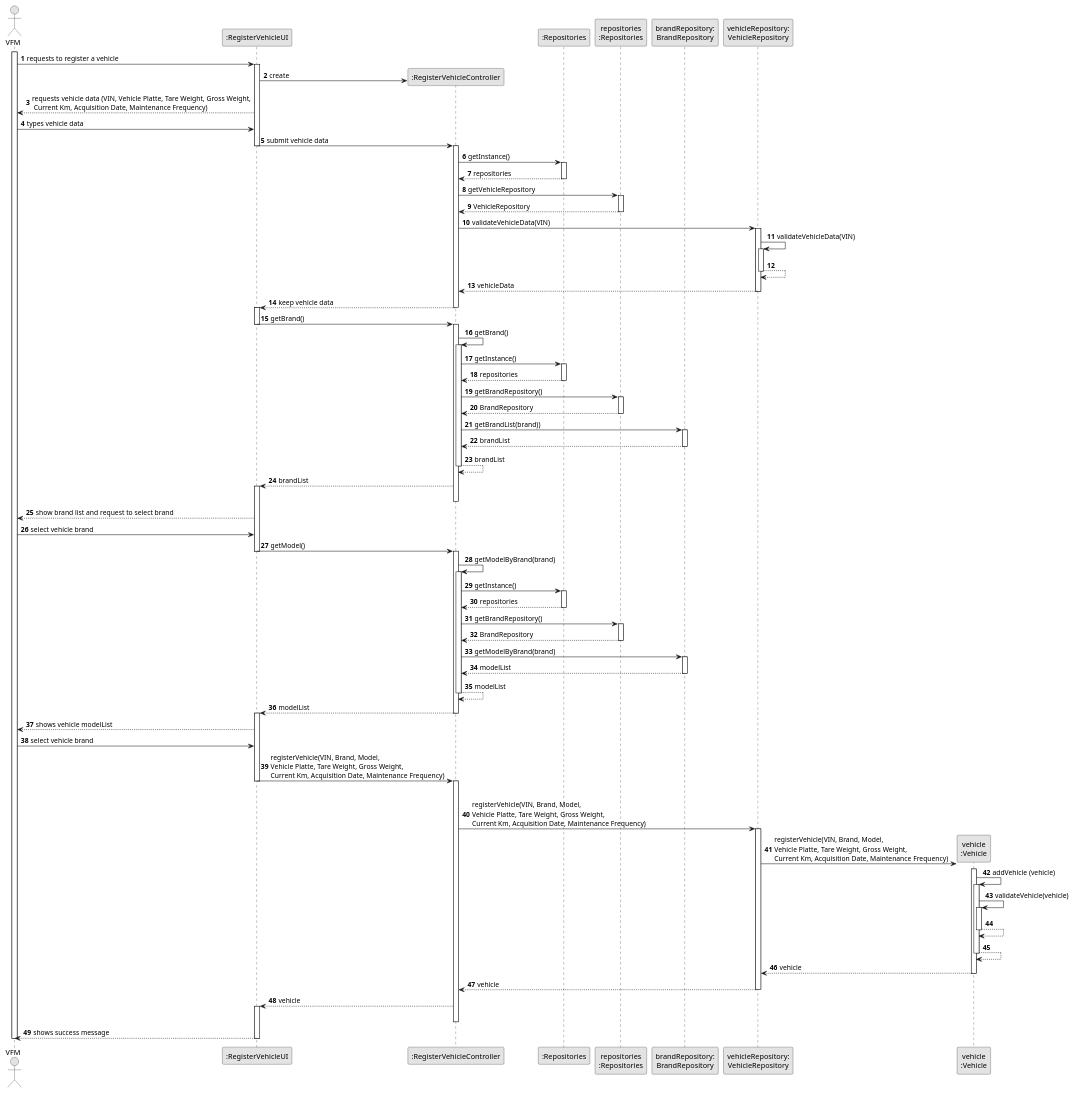
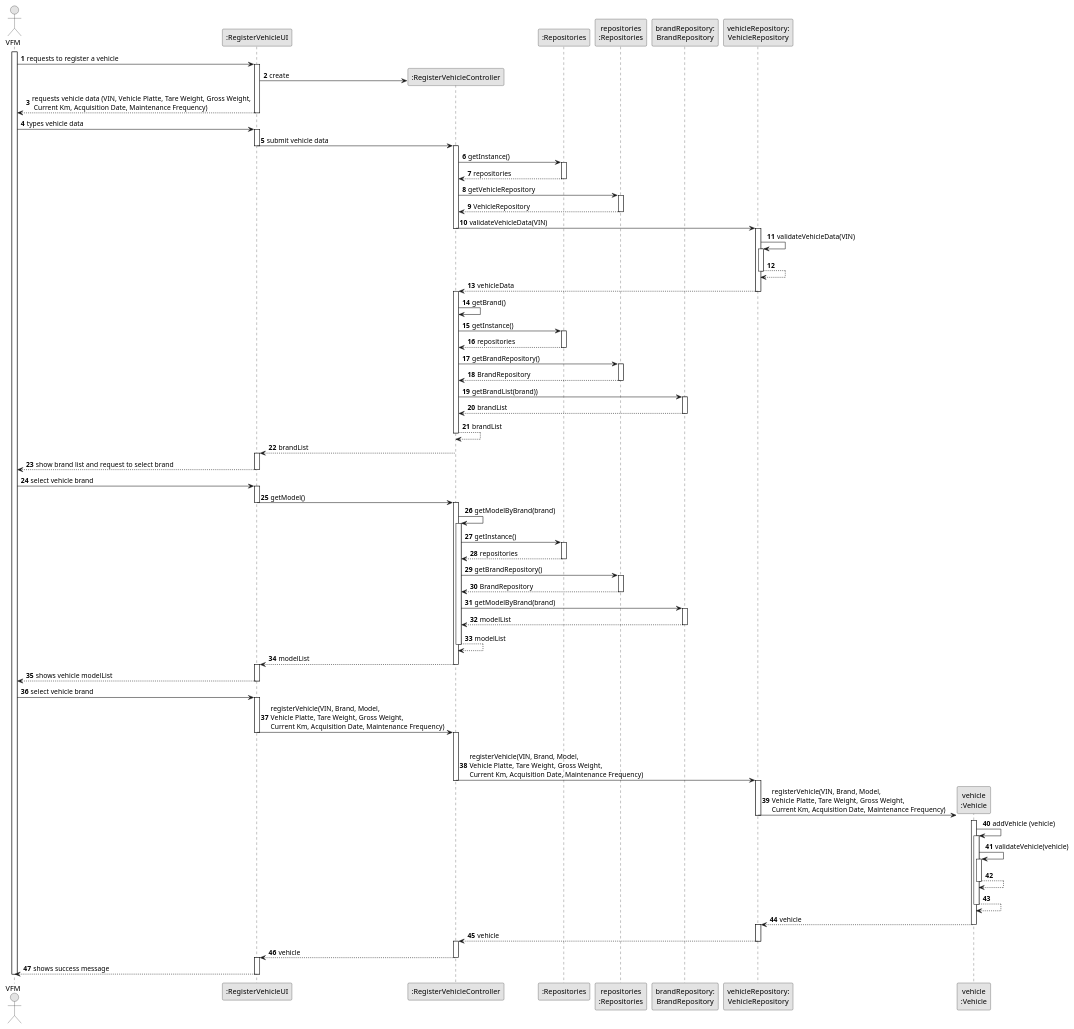
Before and after one commit to ricardomm7/leaflink: the diagram in docs/sprintB/us006/03.design/puml/us006-sequence-diagram-full.puml, drawn with PlantUML. The commit also changed 12 other files, not shown here.

```diff
--- a/docs/sprintB/us006/03.design/puml/us006-sequence-diagram-full.puml
+++ b/docs/sprintB/us006/03.design/puml/us006-sequence-diagram-full.puml
@@ -1,180 +1,191 @@
 @startuml
 skinparam monochrome true
 skinparam packageStyle rectangle
 skinparam shadowing false
 
 
 autonumber
 
 'hide footbox
 actor "VFM" as VFM
 participant ":RegisterVehicleUI" as UI
 participant ":RegisterVehicleController" as CTRL
 participant ":Repositories" as RepositorySingleton
 participant "repositories\n:Repositories" as PLAT
 participant "brandRepository:\nBrandRepository" as BrandRepository
 participant "vehicleRepository:\nVehicleRepository" as VehicleRepository
 participant "vehicle\n:Vehicle" as VEI
 
 activate VFM
 
     VFM -> UI : requests to register a vehicle
     activate UI
 
         UI -> CTRL** : create
 
         UI --> VFM : requests vehicle data (VIN, Vehicle Platte, Tare Weight, Gross Weight,\n Current Km, Acquisition Date, Maintenance Frequency)
+        deactivate UI
 
     VFM -> UI : types vehicle data
+    activate UI
 
         UI -> CTRL : submit vehicle data
         deactivate UI
         activate CTRL
 
             CTRL -> RepositorySingleton: getInstance()
             activate RepositorySingleton
 
             RepositorySingleton --> CTRL: repositories
             deactivate RepositorySingleton
 
             CTRL -> PLAT: getVehicleRepository
             activate PLAT
 
             PLAT --> CTRL: VehicleRepository
             deactivate PLAT
 
             CTRL -> VehicleRepository : validateVehicleData(VIN)
+            deactivate CTRL
+
             activate VehicleRepository
 
             VehicleRepository -> VehicleRepository: validateVehicleData(VIN)
             activate VehicleRepository
 
             VehicleRepository --> VehicleRepository
             deactivate VehicleRepository
 
 
-
             VehicleRepository --> CTRL : vehicleData
             deactivate VehicleRepository
+            activate CTRL
 
 
-        CTRL --> UI : keep vehicle data
-        deactivate CTRL
-        activate UI
 
-
-        UI -> CTRL : getBrand()
         deactivate UI
-        activate CTRL
 
             CTRL -> CTRL : getBrand()
-            activate CTRL
 
                 CTRL -> RepositorySingleton : getInstance()
                 activate RepositorySingleton
 
                 RepositorySingleton --> CTRL: repositories
                 deactivate RepositorySingleton
 
                 CTRL -> PLAT : getBrandRepository()
                 activate PLAT
 
                 PLAT --> CTRL : BrandRepository
                 deactivate PLAT
 
                 CTRL -> BrandRepository : getBrandList(brand))
                 activate BrandRepository
 
                 BrandRepository --> CTRL : brandList
                 deactivate BrandRepository
 
                 CTRL --> CTRL : brandList
                 deactivate CTRL
 
             CTRL --> UI: brandList
+            deactivate CTRL
+
             activate UI
-            deactivate CTRL
 
 
 
     UI --> VFM : show brand list and request to select brand
+    deactivate UI
 
     VFM -> UI : select vehicle brand
+    activate UI
 
     UI -> CTRL : getModel()
     deactivate UI
     activate CTRL
 
         CTRL -> CTRL : getModelByBrand(brand)
                     activate CTRL
 
                         CTRL -> RepositorySingleton : getInstance()
                         activate RepositorySingleton
 
                         RepositorySingleton --> CTRL: repositories
                         deactivate RepositorySingleton
 
                         CTRL -> PLAT : getBrandRepository()
                         activate PLAT
 
                         PLAT --> CTRL : BrandRepository
                         deactivate PLAT
 
                         CTRL -> BrandRepository : getModelByBrand(brand)
                         activate BrandRepository
 
                         BrandRepository --> CTRL : modelList
                         deactivate BrandRepository
 
                     CTRL --> CTRL : modelList
                     deactivate CTRL
 
         CTRL --> UI: modelList
         deactivate CTRL
         activate UI
 
 
 
         UI --> VFM : shows vehicle modelList
+        deactivate UI
 
     VFM -> UI : select vehicle brand
+    activate UI
 
         UI -> CTRL : registerVehicle(VIN, Brand, Model, \nVehicle Platte, Tare Weight, Gross Weight, \nCurrent Km, Acquisition Date, Maintenance Frequency)
         deactivate UI
         activate CTRL
 
             |||
             CTRL -> VehicleRepository : registerVehicle(VIN, Brand, Model, \nVehicle Platte, Tare Weight, Gross Weight, \nCurrent Km, Acquisition Date, Maintenance Frequency)
+                        deactivate CTRL
+
             activate VehicleRepository
 
                 VehicleRepository -> VEI **: registerVehicle(VIN, Brand, Model, \nVehicle Platte, Tare Weight, Gross Weight, \nCurrent Km, Acquisition Date, Maintenance Frequency)
+                deactivate VehicleRepository
                 activate VEI
 
                     VEI -> VEI: addVehicle (vehicle)
                     activate VEI
 
                     VEI -> VEI: validateVehicle(vehicle)
                     activate VEI
 
                     VEI --> VEI
                     deactivate VEI
 
                     VEI --> VEI
                     deactivate VEI
 
+
                 VEI --> VehicleRepository: vehicle
-                deactivate VEI
+                                deactivate VEI
+
+                activate VehicleRepository
 
             VehicleRepository --> CTRL: vehicle
             deactivate VehicleRepository
+                        activate CTRL
+
 
             CTRL --> UI: vehicle
+                        deactivate CTRL
+
             activate UI
-            deactivate CTRL
 
         UI --> VFM : shows success message
     deactivate UI
 
 deactivate VFM
 
 @enduml
```
